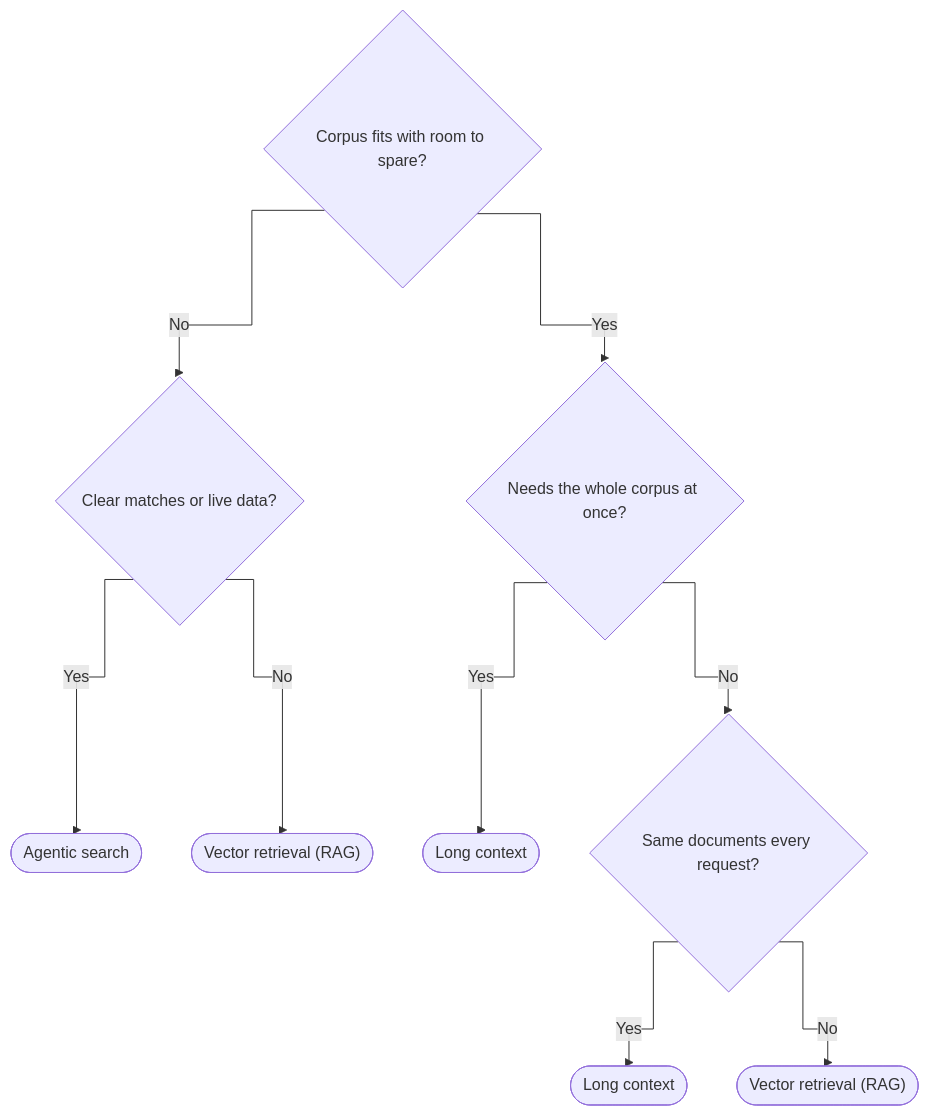
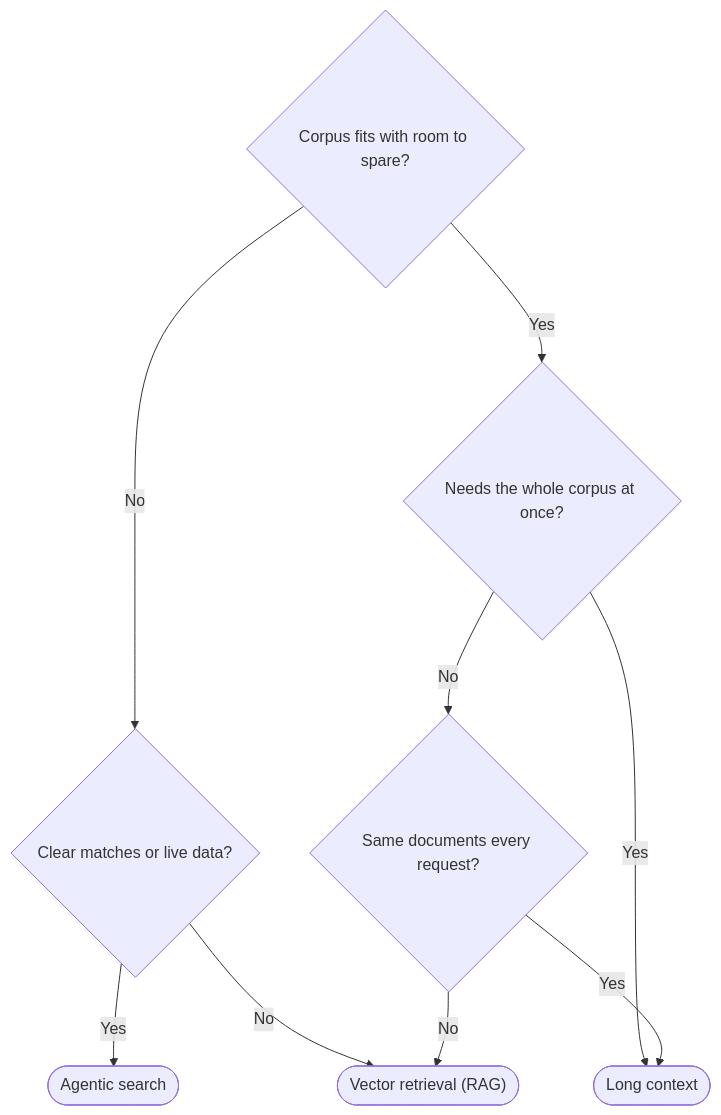
The diagram in public/uploads/rules/rag-vs-long-context/rule.mdx (SSWConsulting/SSW.Rules.Content), drawn with Mermaid before and after one commit.

Commit message:
Restore shared leaf nodes - the crossing was avoidable after all
I claimed the crossing was forced by topology because Long context and RAG each
had two parents. That was wrong. The graph is planar, and mermaid lays it out
without crossings given this declaration order - verified by rendering the exact
block and looking at it, rather than reasoning about dagre.

So the duplicated leaves are gone: one Long context node, one RAG node, no
crossings. Also dropped the curve directive, since curvature was not the
complaint and it is one less thing for the renderer to support.

Claude-Session: https://claude.ai/code/session_017TKtfnFCLyedwvoogchRFy

````diff
--- a/public/uploads/rules/rag-vs-long-context/rule.mdx
+++ b/public/uploads/rules/rag-vs-long-context/rule.mdx
@@ -69,16 +69,12 @@
 ```mermaid
-%%{init: {"flowchart": {"curve": "step"}}}%%
 flowchart TD
     Fits{"Corpus fits with room to spare?"}
     Fits -->|"No"| Handles{"Clear matches or live data?"}
     Fits -->|"Yes"| Global{"Needs the whole corpus at once?"}
-
     Handles -->|"Yes"| Agentic(["Agentic search"])
-    Handles -->|"No"| RagLarge(["Vector retrieval (RAG)"])
-
-    Global -->|"Yes"| LcGlobal(["Long context"])
+    Handles -->|"No"| RAG(["Vector retrieval (RAG)"])
+    Global -->|"Yes"| LC(["Long context"])
     Global -->|"No"| Repeats{"Same documents every request?"}
-
-    Repeats -->|"Yes"| LcRepeat(["Long context"])
-    Repeats -->|"No"| RagVolatile(["Vector retrieval (RAG)"])
+    Repeats -->|"Yes"| LC
+    Repeats -->|"No"| RAG
 ```
````
